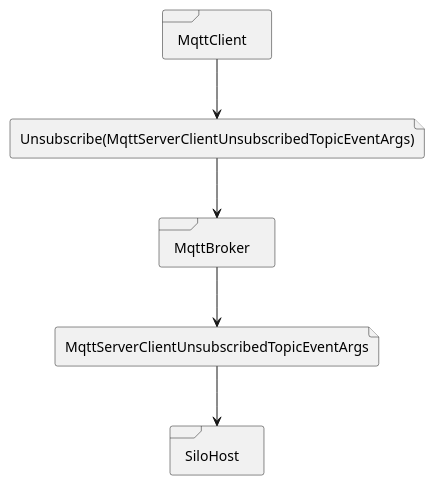
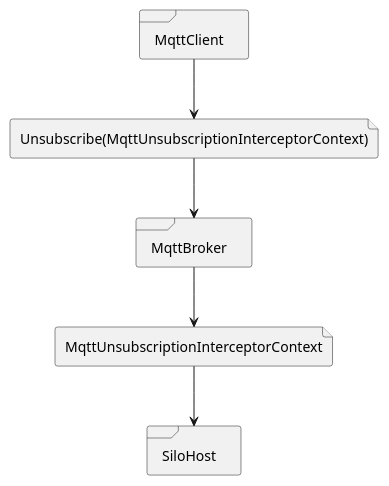
The diagram in images/client-unsubscribe.wsd (SeppPenner/NetCoreMQTTExampleCluster), drawn with PlantUML before and after one commit. The commit also changed 3 other files, not shown here.

Commit message:
Readme: Adjusted readme to show the correct flow.

```diff
--- a/images/client-unsubscribe.wsd
+++ b/images/client-unsubscribe.wsd
@@ -1,22 +1,22 @@
 @startuml
 
 skinparam componentStyle uml2
 
-file "Unsubscribe(MqttServerClientUnsubscribedTopicEventArgs)" as UnsubscribePackage
-file "MqttServerClientUnsubscribedTopicEventArgs" as UnsubscribePackage2
+file "Unsubscribe(MqttUnsubscriptionInterceptorContext)" as UnsubscribePackage
+file "MqttUnsubscriptionInterceptorContext" as UnsubscribePackage2
 
 frame SiloHost {
 }
 
 frame "MqttClient" as MqttClient {
 }
 
 frame "MqttBroker" as MqttBroker {
 }
 
 MqttClient --> UnsubscribePackage
 UnsubscribePackage --> MqttBroker
 MqttBroker --> UnsubscribePackage2
 UnsubscribePackage2 --> SiloHost
 
 @enduml
```
